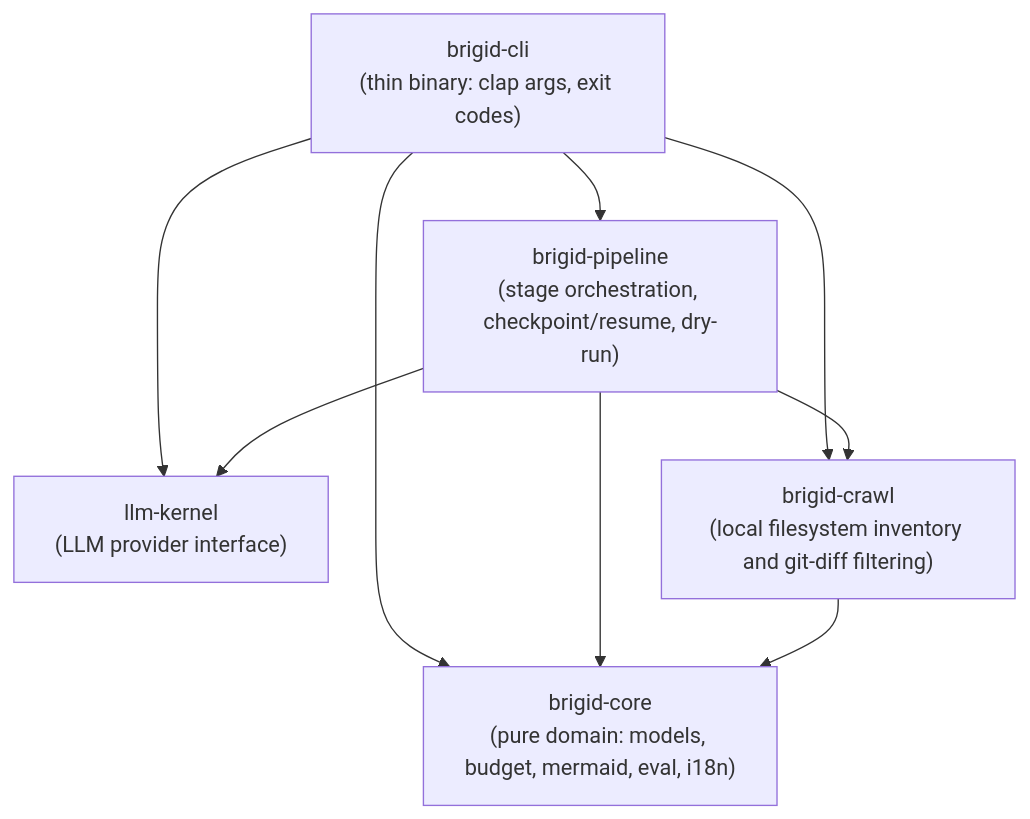
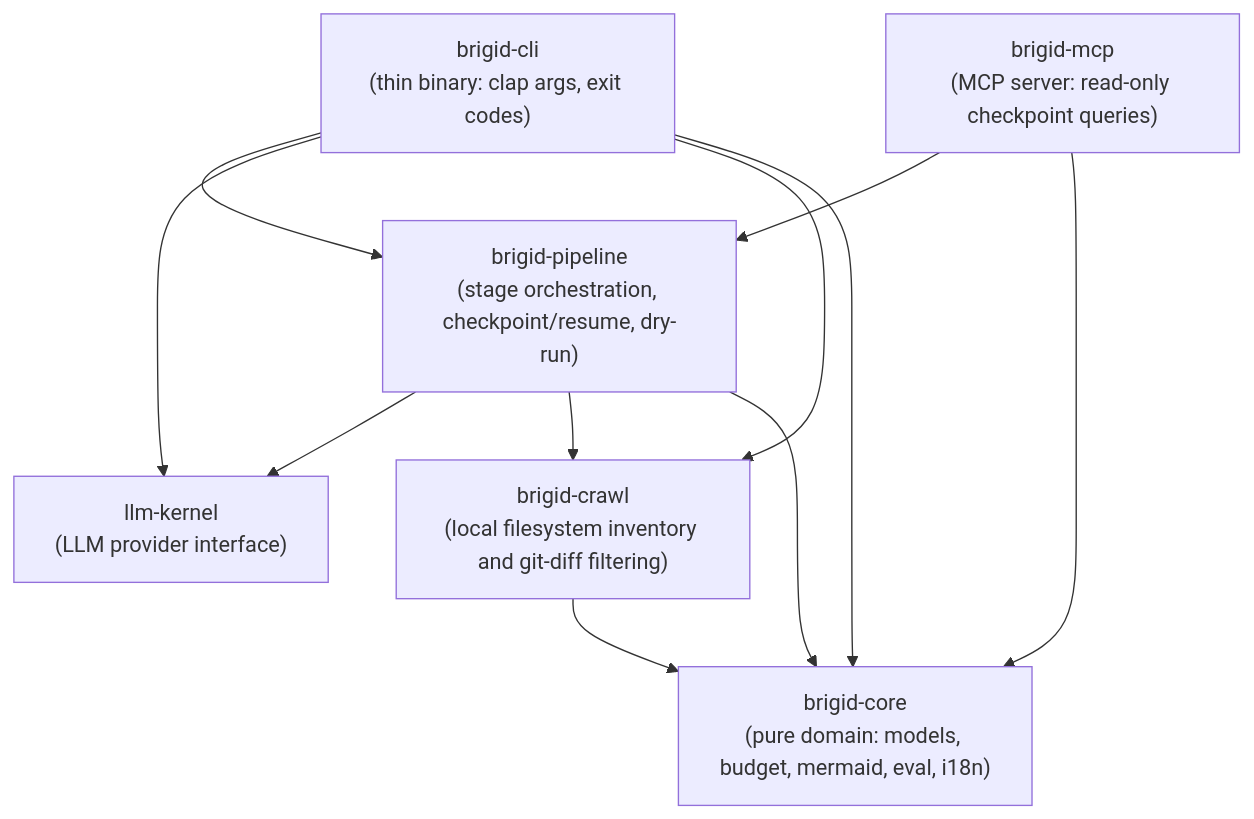
Before and after one commit to igmarin/brigid: the first of 3 diagrams in ARCHITECTURE.md, drawn with Mermaid. The commit also changed other lines of this file and 14 other files, not shown here.

````diff
--- a/ARCHITECTURE.md
+++ b/ARCHITECTURE.md
@@ -18,17 +19,20 @@
 ```mermaid
 graph TD
     CLI["brigid-cli<br/>(thin binary: clap args, exit codes)"]
     Pipeline["brigid-pipeline<br/>(stage orchestration, checkpoint/resume, dry-run)"]
     LLMKernel["llm-kernel<br/>(LLM provider interface)"]
     Crawl["brigid-crawl<br/>(local filesystem inventory and git-diff filtering)"]
     Core["brigid-core<br/>(pure domain: models, budget, mermaid, eval, i18n)"]
+    MCP["brigid-mcp<br/>(MCP server: read-only checkpoint queries)"]
 
     CLI --> Pipeline
     CLI --> LLMKernel
     CLI --> Crawl
     CLI --> Core
     Pipeline --> LLMKernel
     Pipeline --> Crawl
     Pipeline --> Core
+    MCP --> Pipeline
+    MCP --> Core
     Crawl --> Core
 ```
````
